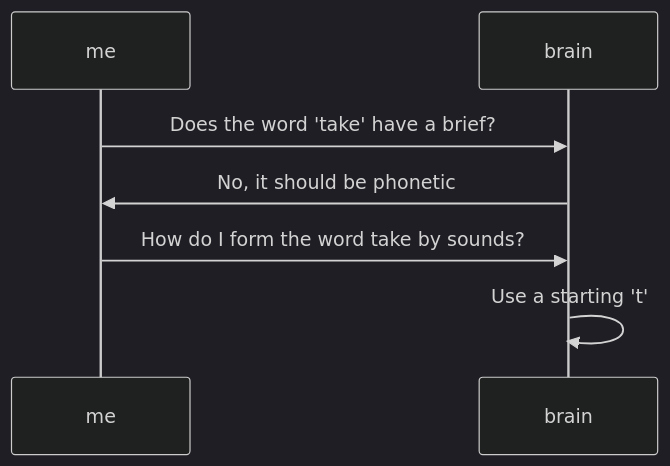
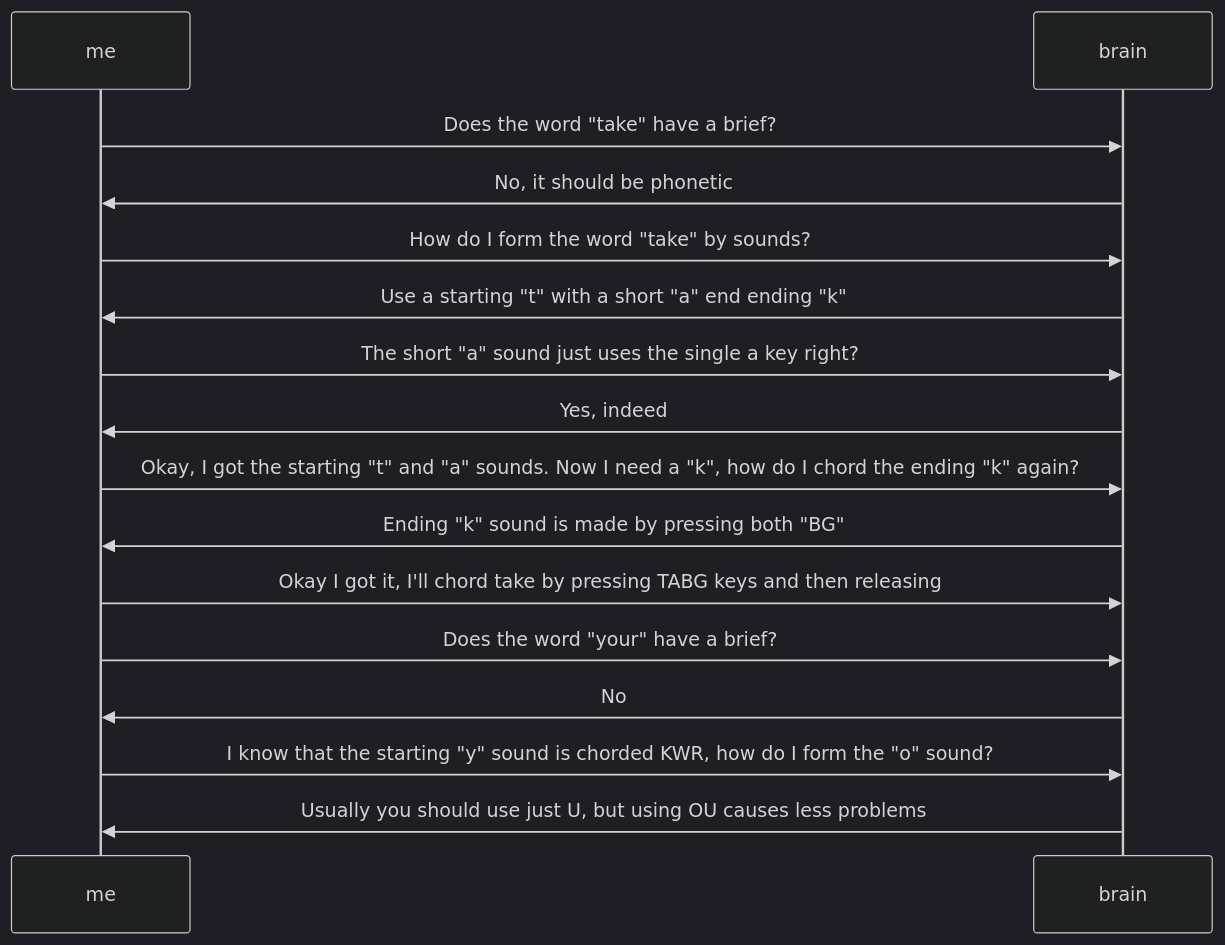
The first of 2 diagrams in content/posts/My-Journey-Into-Stenography.md (derekthecool/DereksBlogSource), drawn with Mermaid before and after one commit. The commit also changed other lines of this file, not shown here.

Commit message:
Work on steno article

````diff
--- a/content/posts/My-Journey-Into-Stenography.md
+++ b/content/posts/My-Journey-Into-Stenography.md
@@ -83,9 +84,19 @@
 ```mermaid
 %%{init: {'theme':'dark'}}%%
 sequenceDiagram
 
-me ->> brain: Does the word 'take' have a brief?
+me ->> brain: Does the word "take" have a brief?
 brain ->> me: No, it should be phonetic
-me ->> brain: How do I form the word take by sounds?
-brain ->> brain: Use a starting 't' 
+me ->> brain: How do I form the word "take" by sounds?
+brain ->> me: Use a starting "t" with a short "a" end ending "k"
+me ->> brain: The short "a" sound just uses the single a key right?
+brain ->> me: Yes, indeed
+me ->> brain: Okay, I got the starting "t" and "a" sounds. Now I need a "k", how do I chord the ending "k" again?
+brain ->> me: Ending "k" sound is made by pressing both "BG"
+me ->> brain: Okay I got it, I'll chord take by pressing TABG keys and then releasing
+
+me ->> brain: Does the word "your" have a brief?
+brain ->> me: No
+me ->> brain: I know that the starting "y" sound is chorded KWR, how do I form the "o" sound?
+brain ->> me: Usually you should use just U, but using OU causes less problems
 ```
````
